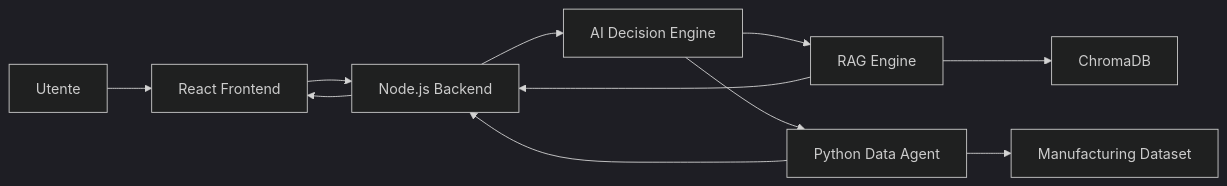
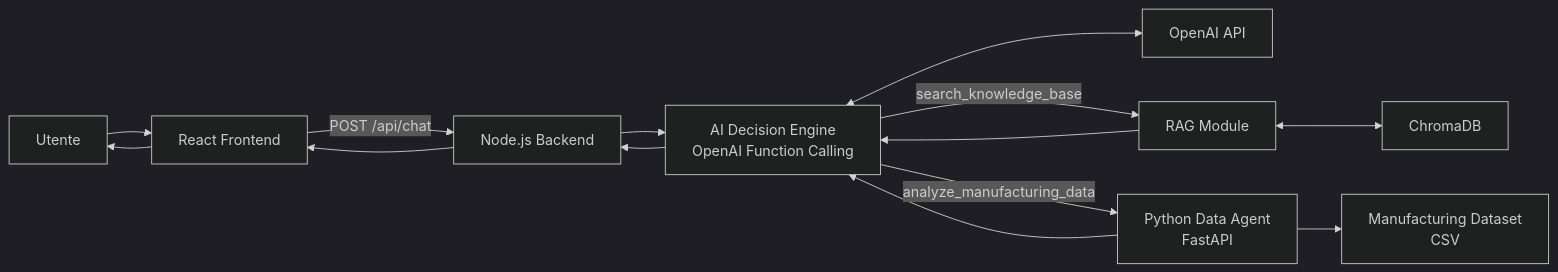
The first of 10 diagrams in docs/it/03_System_Architecture.md (marcosaccani1/maranello-ai), drawn with Mermaid (dark theme) before and after one commit. The commit also changed other lines of this file and 7 other files, not shown here.

````diff
--- a/docs/it/03_System_Architecture.md
+++ b/docs/it/03_System_Architecture.md
@@ -162,39 +218,27 @@
 ```mermaid
 flowchart LR
 
-User["Utente"]
+    User["Utente"]
+    Frontend["React Frontend"]
+    Backend["Node.js Backend"]
+    Decision["AI Decision Engine<br/>OpenAI Function Calling"]
+    OpenAI["OpenAI API"]
+    RAG["RAG Module"]
+    Chroma["ChromaDB"]
+    DataAgent["Python Data Agent<br/>FastAPI"]
+    Dataset["Manufacturing Dataset<br/>CSV"]
 
-Frontend["React Frontend"]
-
-Backend["Node.js Backend"]
-
-Decision["AI Decision Engine"]
-
-RAG["RAG Engine"]
-
-DataAgent["Python Data Agent"]
-
-Chroma["ChromaDB"]
-
-Dataset["Manufacturing Dataset"]
-
-User --> Frontend
-
-Frontend --> Backend
-
-Backend --> Decision
-
-Decision --> RAG
-
-Decision --> DataAgent
-
-RAG --> Chroma
-
-DataAgent --> Dataset
-
-RAG --> Backend
-
-DataAgent --> Backend
-
-Backend --> Frontend
+    User --> Frontend
+    Frontend -->|"POST /api/chat"| Backend
+    Backend --> Decision
+    Decision <--> OpenAI
+    Decision -->|"search_knowledge_base"| RAG
+    Decision -->|"analyze_manufacturing_data"| DataAgent
+    RAG <--> Chroma
+    DataAgent --> Dataset
+    RAG --> Decision
+    DataAgent --> Decision
+    Decision --> Backend
+    Backend --> Frontend
+    Frontend --> User
 ```
````
